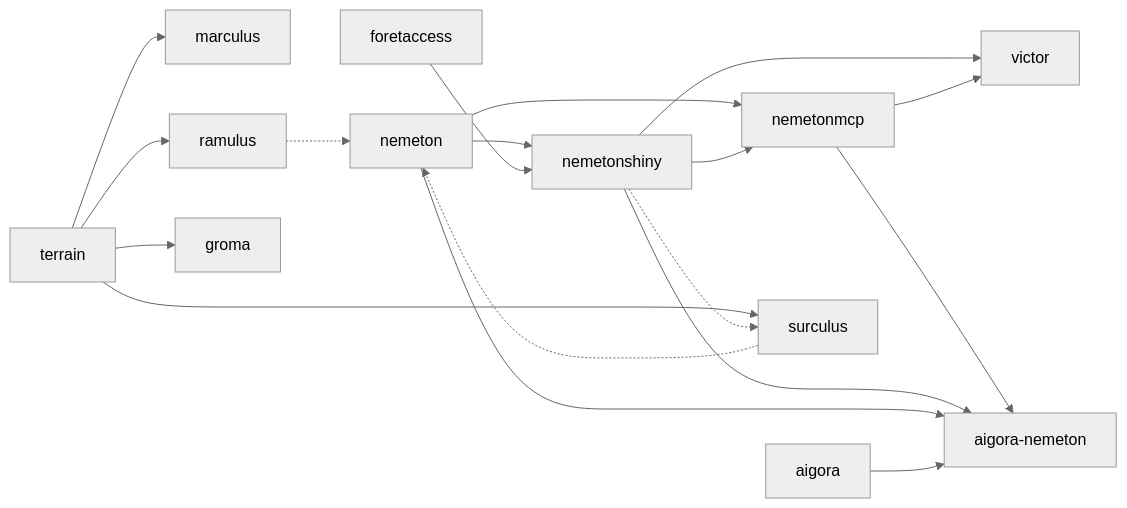
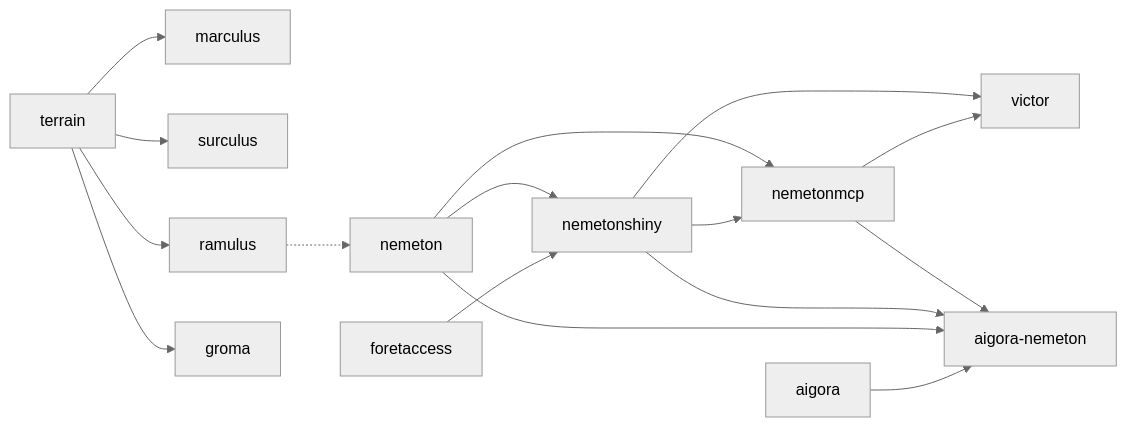
Before and after one commit to pobsteta/nemetonplateform: the diagram in docs/carte-dependances.md, drawn with Mermaid (neutral theme). The commit also changed other lines of this file and 1 other file, not shown here.

````diff
--- a/docs/carte-dependances.md
+++ b/docs/carte-dependances.md
@@ -45,20 +46,18 @@
 ```mermaid
 flowchart LR
   nemeton --> nemetonshiny
   foretaccess --> nemetonshiny
   nemeton --> nemetonmcp
   nemetonshiny --> nemetonmcp
   nemetonshiny --> victor
   nemetonmcp --> victor
   nemetonmcp --> aigora_nemeton[aigora-nemeton]
   nemetonshiny --> aigora_nemeton
   nemeton --> aigora_nemeton
   aigora --> aigora_nemeton
   terrain --> marculus
   terrain --> surculus
   terrain --> ramulus
   terrain --> groma
-  nemetonshiny -.-> surculus
-  surculus -.-> nemeton
   ramulus -.-> nemeton
 ```
````
